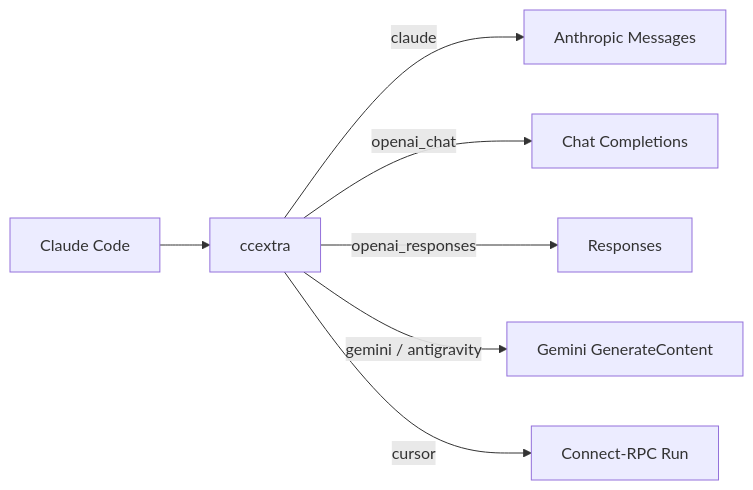
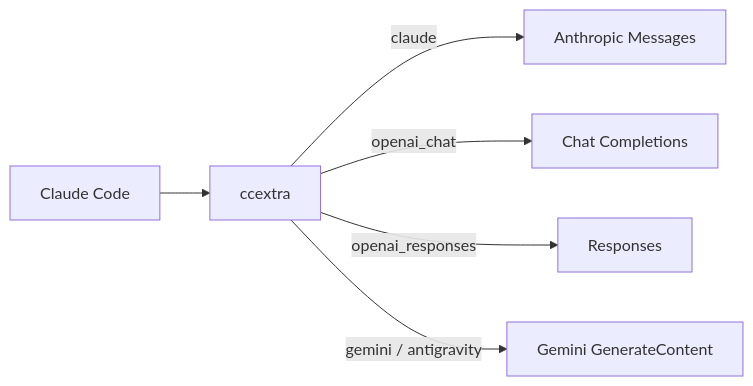
Before and after one commit to knoxwh/ccextra: the diagram in README.en.md, drawn with Mermaid. The commit also changed other lines of this file and 53 other files, not shown here.

````diff
--- a/README.en.md
+++ b/README.en.md
@@ -45,9 +45,8 @@
 ```mermaid
 flowchart LR
     CC["Claude Code"] --> P["ccextra"]
     P -->|claude| A["Anthropic Messages"]
     P -->|openai_chat| B["Chat Completions"]
     P -->|openai_responses| C["Responses"]
     P -->|gemini / antigravity| D["Gemini GenerateContent"]
-    P -->|cursor| E["Connect-RPC Run"]
 ```
````
